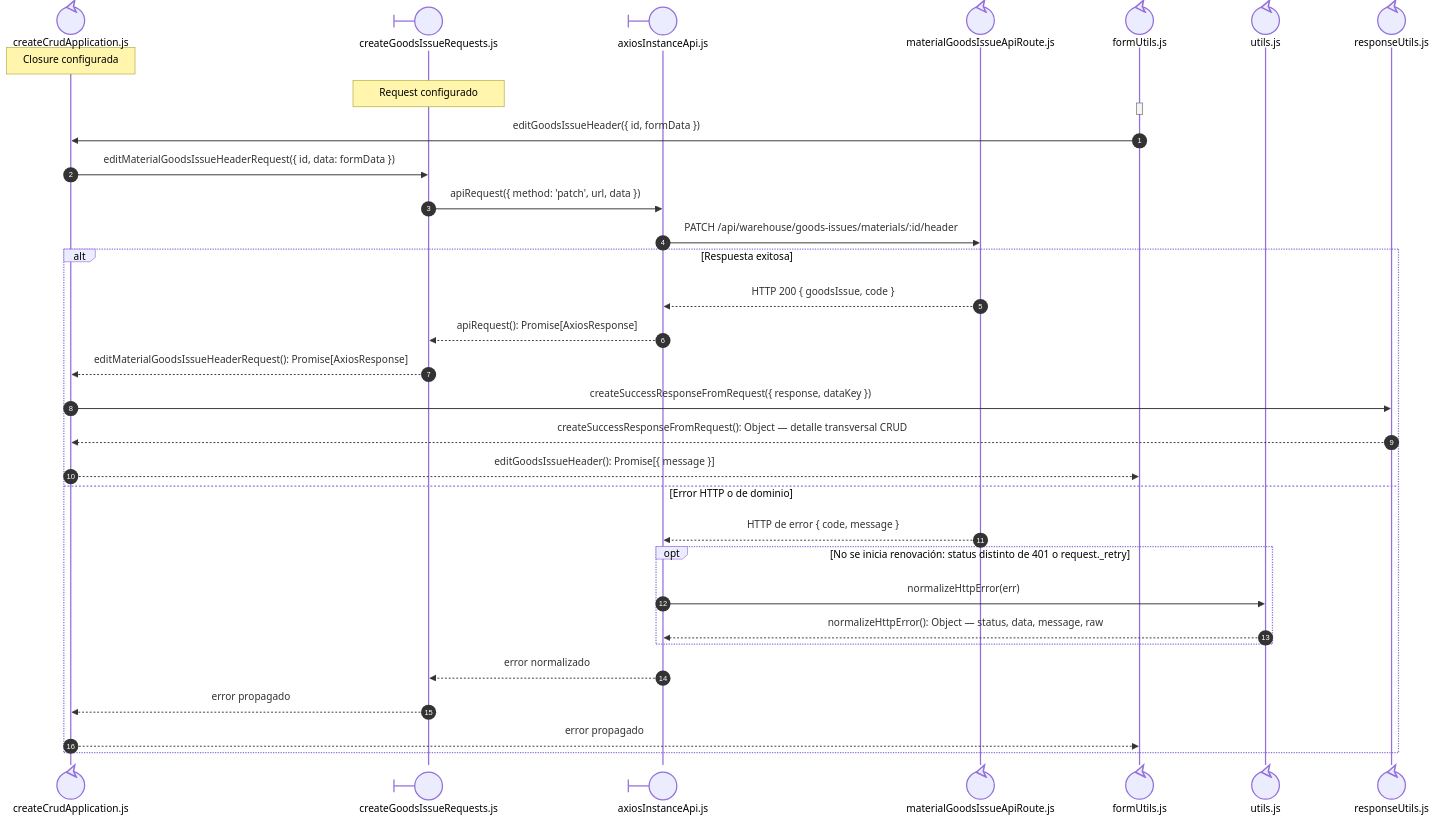
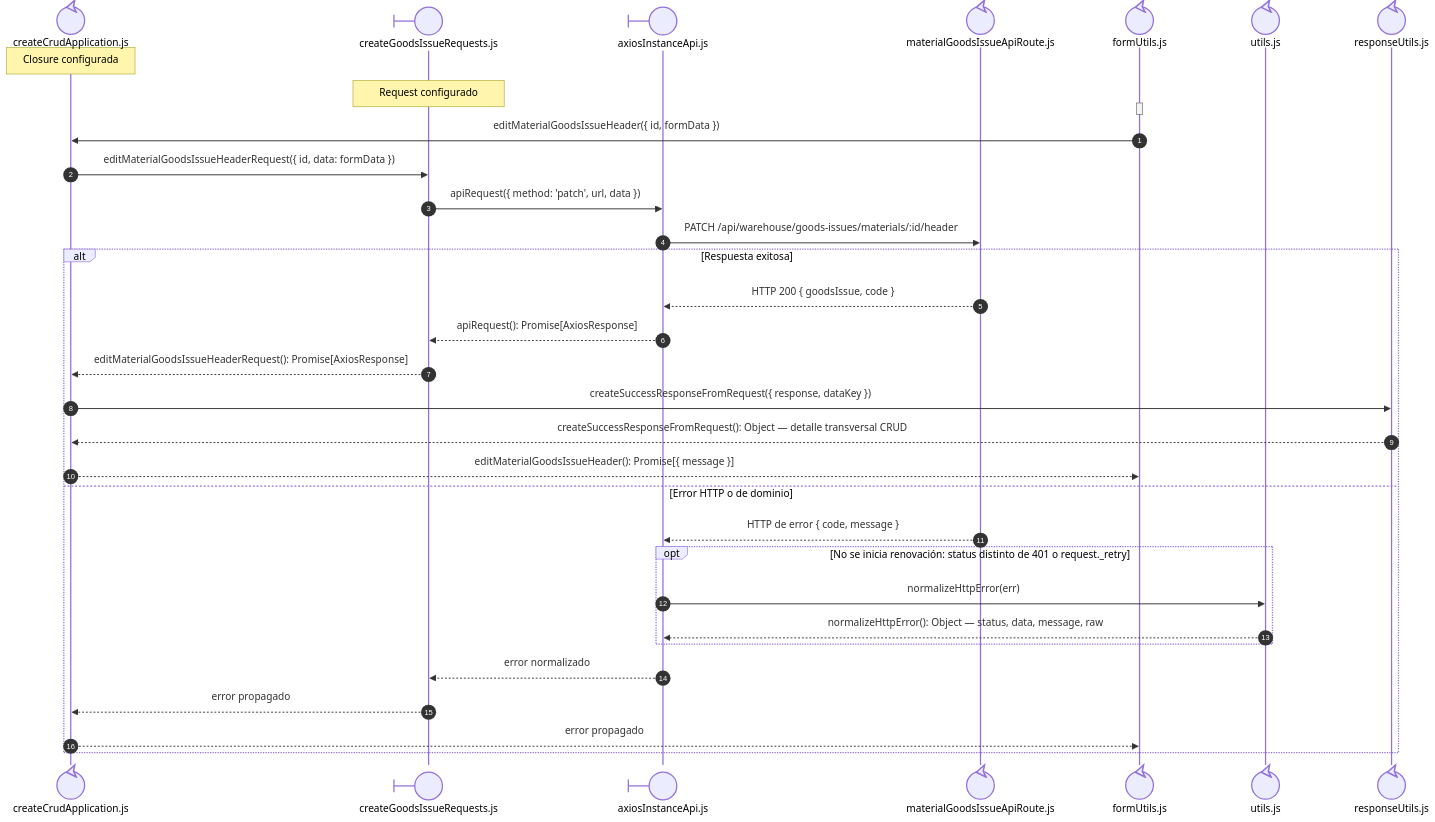
The third of 3 diagrams in docs/architecture/views/processes/frontend-code-sequences/issues/cu-sal-03.md (gpgsistemas01/nexus), drawn with Mermaid before and after one commit. The commit also changed other lines of this file and 142 other files, not shown here.

````diff
--- a/docs/architecture/views/processes/frontend-code-sequences/issues/cu-sal-03.md
+++ b/docs/architecture/views/processes/frontend-code-sequences/issues/cu-sal-03.md
@@ -190,39 +191,39 @@
 ```mermaid
 sequenceDiagram
     autonumber
     participant Application@{ "type": "control" } as createCrudApplication.js
     participant Request@{ "type": "boundary" } as createGoodsIssueRequests.js
     participant HTTP@{ "type": "boundary" } as axiosInstanceApi.js
     participant Transport@{ "type": "control" } as materialGoodsIssueApiRoute.js
     participant FormUtils@{ "type": "control" } as formUtils.js
 
     participant FileUtils@{ "type": "control" } as utils.js
 
     participant FileResponseUtils@{ "type": "control" } as responseUtils.js
 
     Note over Application: Closure configurada
     Note over Request: Request configurado
     activate FormUtils
     deactivate FormUtils
-        FormUtils->>Application: editGoodsIssueHeader({ id, formData })
+        FormUtils->>Application: editMaterialGoodsIssueHeader({ id, formData })
         Application->>Request: editMaterialGoodsIssueHeaderRequest({ id, data: formData })
         Request->>HTTP: apiRequest({ method: 'patch', url, data })
         HTTP->>Transport: PATCH /api/warehouse/goods-issues/materials/:id/header
         alt Respuesta exitosa
             Transport-->>HTTP: HTTP 200 { goodsIssue, code }
             HTTP-->>Request: apiRequest(): Promise[AxiosResponse]
             Request-->>Application: editMaterialGoodsIssueHeaderRequest(): Promise[AxiosResponse]
             Application->>FileResponseUtils: createSuccessResponseFromRequest({ response, dataKey })
             FileResponseUtils-->>Application: createSuccessResponseFromRequest(): Object — detalle transversal CRUD
-            Application-->>FormUtils: editGoodsIssueHeader(): Promise[{ message }]
+            Application-->>FormUtils: editMaterialGoodsIssueHeader(): Promise[{ message }]
         else Error HTTP o de dominio
             Transport-->>HTTP: HTTP de error { code, message }
             opt No se inicia renovación: status distinto de 401 o request._retry
                 HTTP->>FileUtils: normalizeHttpError(err)
                 FileUtils-->>HTTP: normalizeHttpError(): Object — status, data, message, raw
             end
             HTTP-->>Request: error normalizado
             Request-->>Application: error propagado
             Application-->>FormUtils: error propagado
     end
 ```
````
